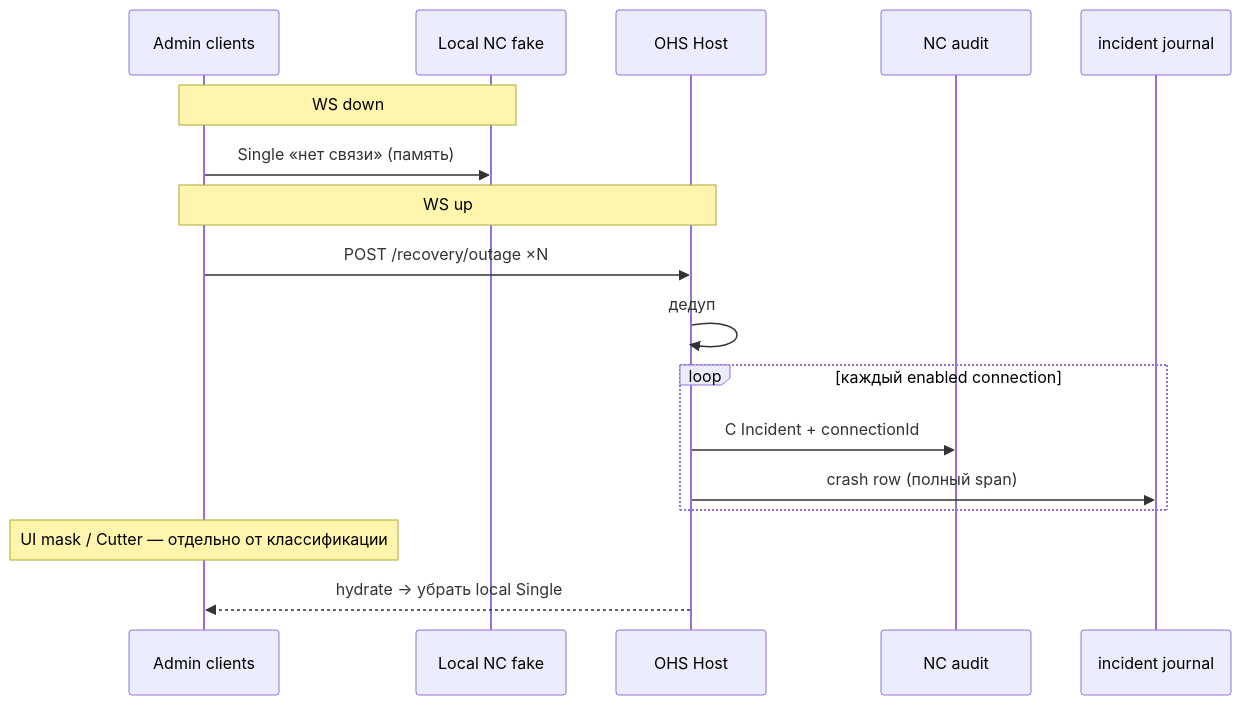
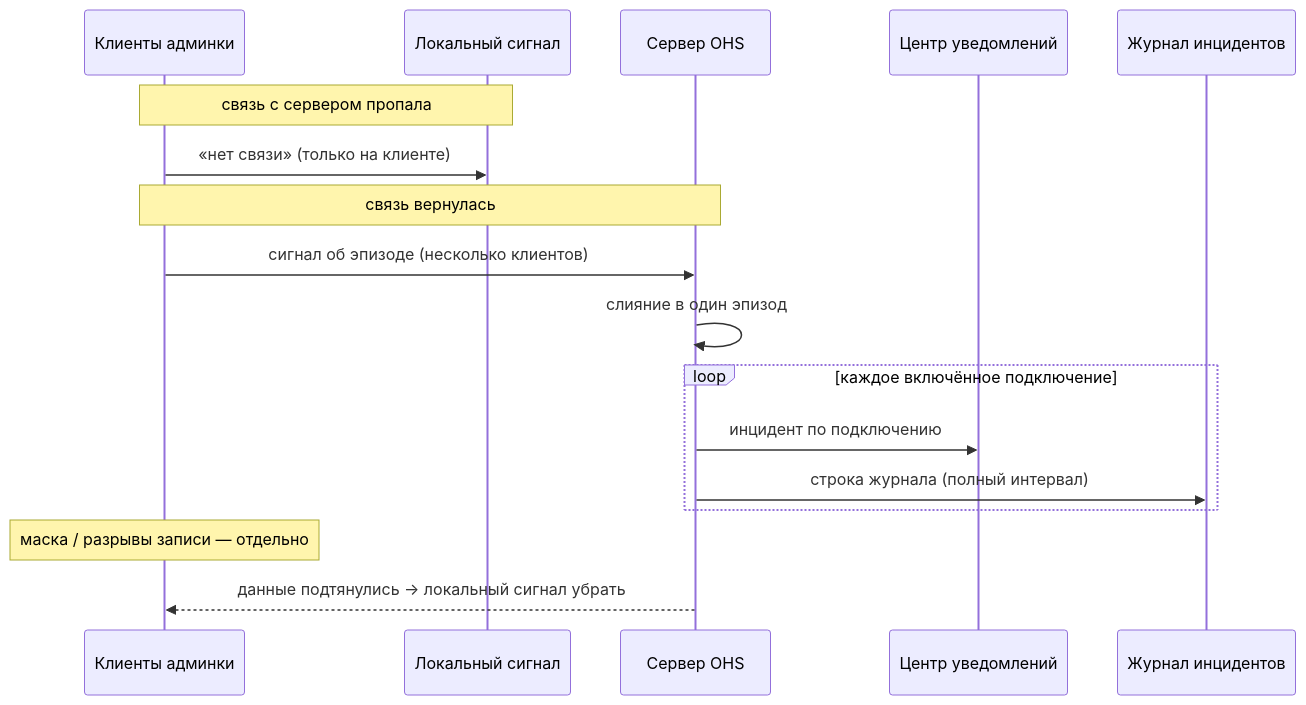
One commit to vbobroff-app/scinverse changed the second of 2 diagrams in docs/wiki-readme/layers.md. Above: the diagram before and after it, drawn with Mermaid. The commit also changed other lines of this file and 42 other files, not shown here.

First line of the commit message:
docs: close Stage 1 roadmap and rehome OHS journal to phase 8

````diff
--- a/docs/wiki-readme/layers.md
+++ b/docs/wiki-readme/layers.md
@@ -145,20 +133,20 @@
 ```mermaid
 sequenceDiagram
-  participant A as Admin clients
-  participant L as Local NC fake
-  participant H as OHS Host
-  participant NC as NC audit
-  participant J as incident journal
+  participant A as Клиенты админки
+  participant L as Локальный сигнал
+  participant H as Сервер OHS
+  participant N as Центр уведомлений
+  participant J as Журнал инцидентов
 
-  Note over A,L: WS down
-  A->>L: Single «нет связи» (память)
-  Note over A,H: WS up
-  A->>H: POST /recovery/outage ×N
-  H->>H: дедуп
-  loop каждый enabled connection
-    H->>NC: C Incident + connectionId
-    H->>J: crash row (полный span)
+  Note over A,L: связь с сервером пропала
+  A->>L: «нет связи» (только на клиенте)
+  Note over A,H: связь вернулась
+  A->>H: сигнал об эпизоде (несколько клиентов)
+  H->>H: слияние в один эпизод
+  loop каждое включённое подключение
+    H->>N: инцидент по подключению
+    H->>J: строка журнала (полный интервал)
   end
-  Note over A: UI mask / Cutter — отдельно от классификации
-  H-->>A: hydrate → убрать local Single
+  Note over A: маска / разрывы записи — отдельно
+  H-->>A: данные подтянулись → локальный сигнал убрать
 ```
````
